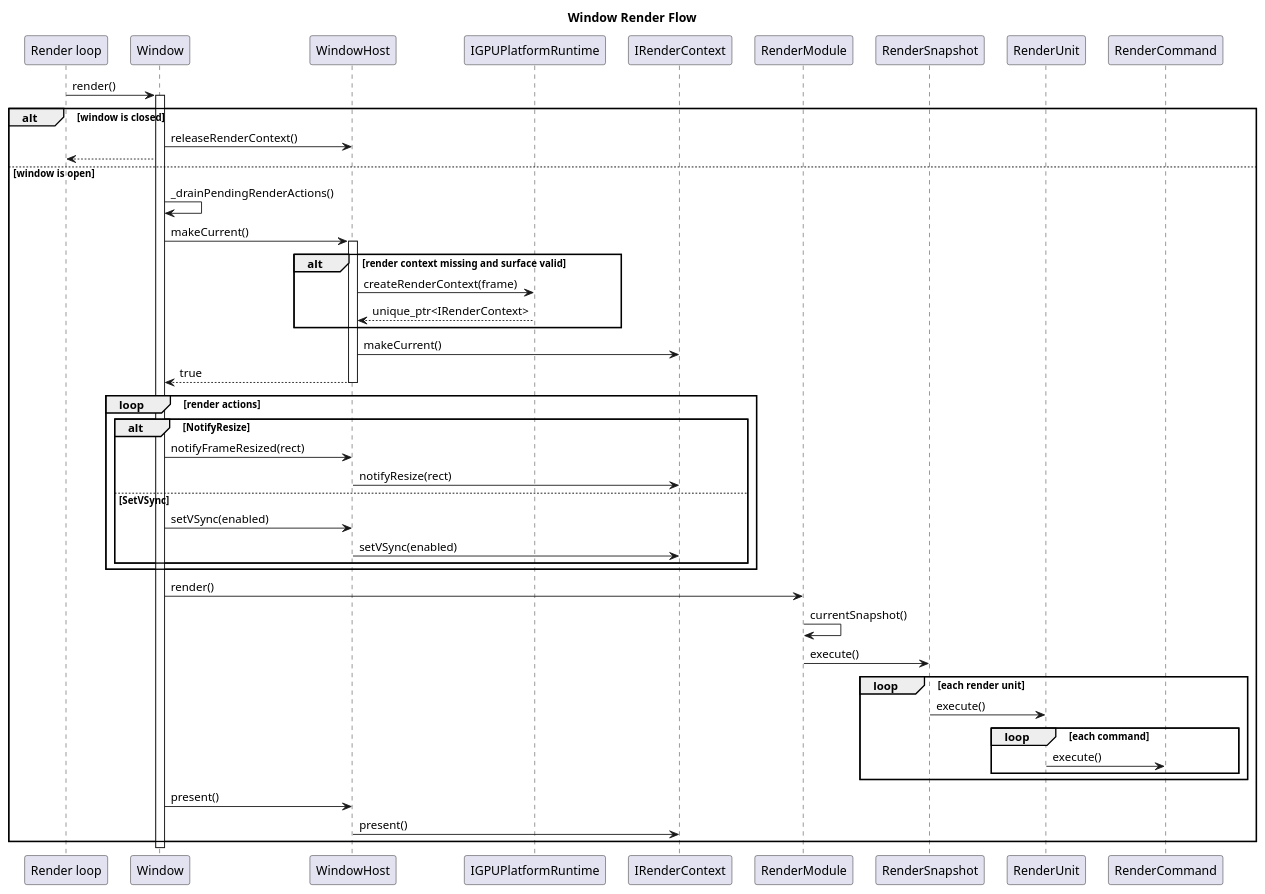
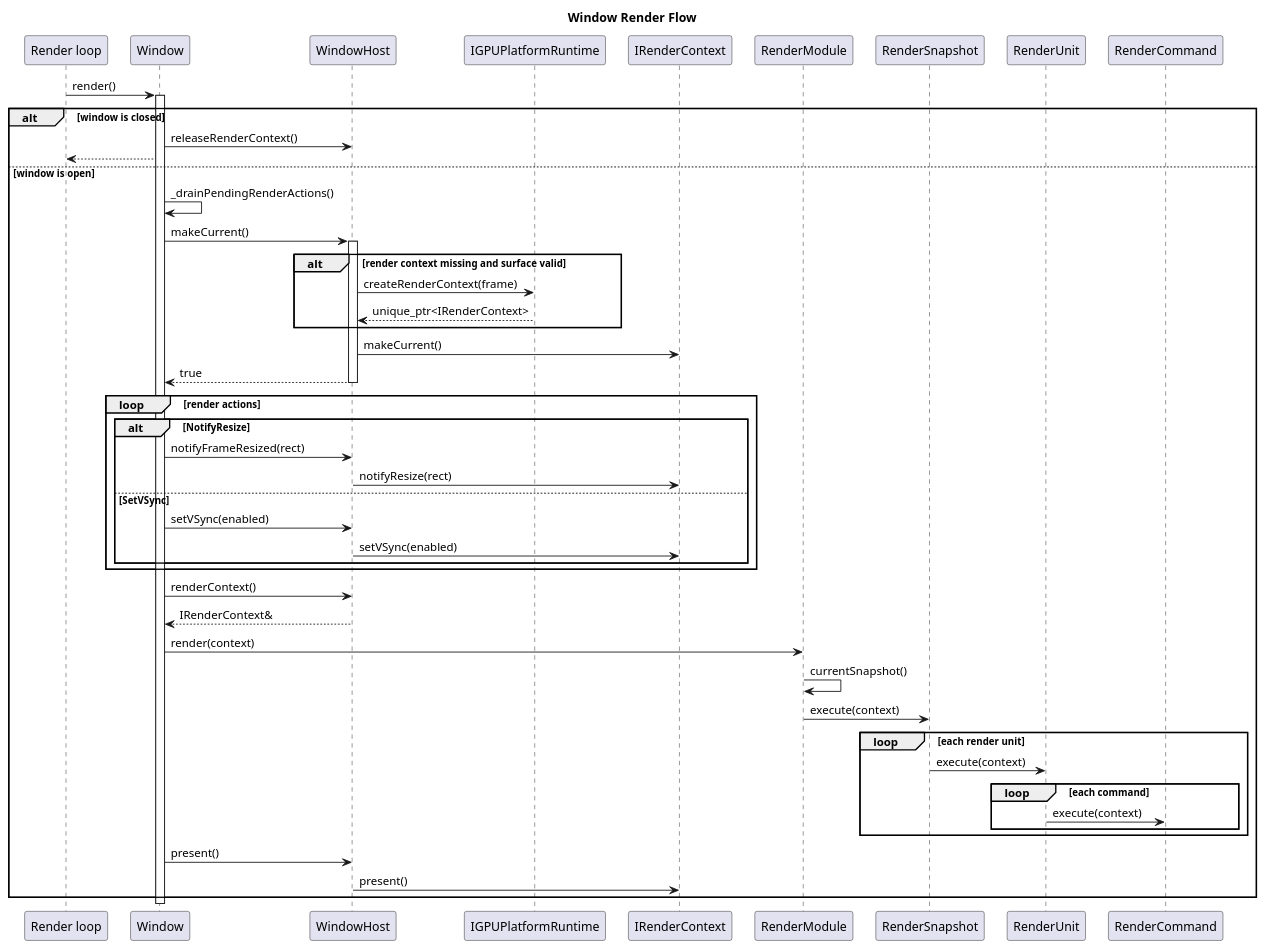
The diagram in documentation/architecture/diagrams/window-render-sequence.puml (Hyarius/Sparkle), drawn with PlantUML before and after one commit. The commit also changed 29 other files, not shown here.

```diff
--- a/documentation/architecture/diagrams/window-render-sequence.puml
+++ b/documentation/architecture/diagrams/window-render-sequence.puml
@@ -1,59 +1,61 @@
 @startuml
 title Window Render Flow
 
 skinparam ParticipantPadding 8
 
 participant "Render loop" as RenderLoop
 participant "Window" as Window
 participant "WindowHost" as Host
 participant "IGPUPlatformRuntime" as GPURuntime
 participant "IRenderContext" as Context
 participant "RenderModule" as RenderModule
 participant "RenderSnapshot" as Snapshot
 participant "RenderUnit" as Unit
 participant "RenderCommand" as Command
 
 RenderLoop -> Window : render()
 activate Window
 
 alt window is closed
 	Window -> Host : releaseRenderContext()
 	Window --> RenderLoop
 else window is open
 	Window -> Window : _drainPendingRenderActions()
 	Window -> Host : makeCurrent()
 	activate Host
 	alt render context missing and surface valid
 		Host -> GPURuntime : createRenderContext(frame)
 		GPURuntime --> Host : unique_ptr<IRenderContext>
 	end
 	Host -> Context : makeCurrent()
 	Host --> Window : true
 	deactivate Host
 
 	loop render actions
 		alt NotifyResize
 			Window -> Host : notifyFrameResized(rect)
 			Host -> Context : notifyResize(rect)
 		else SetVSync
 			Window -> Host : setVSync(enabled)
 			Host -> Context : setVSync(enabled)
 		end
 	end
 
-	Window -> RenderModule : render()
+	Window -> Host : renderContext()
+	Host --> Window : IRenderContext&
+	Window -> RenderModule : render(context)
 	RenderModule -> RenderModule : currentSnapshot()
-	RenderModule -> Snapshot : execute()
+	RenderModule -> Snapshot : execute(context)
 	loop each render unit
-		Snapshot -> Unit : execute()
+		Snapshot -> Unit : execute(context)
 		loop each command
-			Unit -> Command : execute()
+			Unit -> Command : execute(context)
 		end
 	end
 	Window -> Host : present()
 	Host -> Context : present()
 end
 
 deactivate Window
 
 @enduml
```
